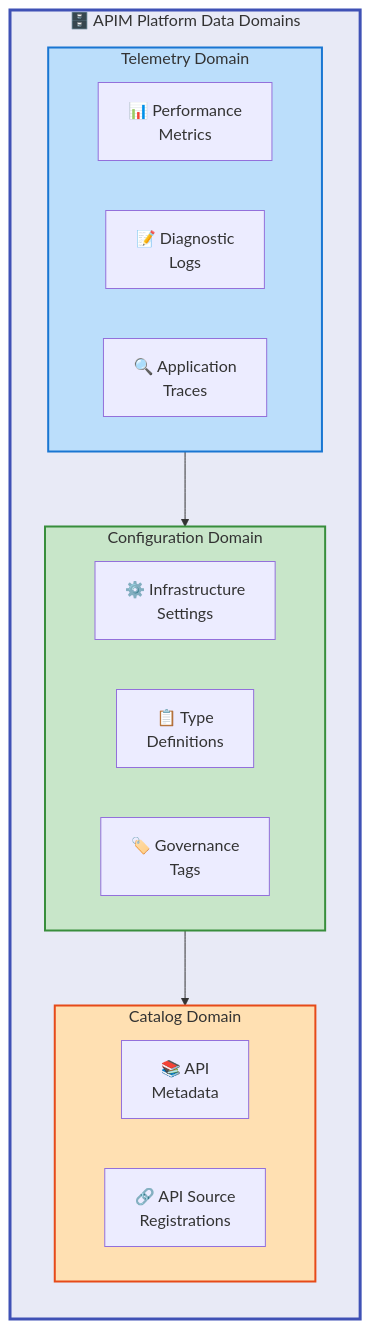
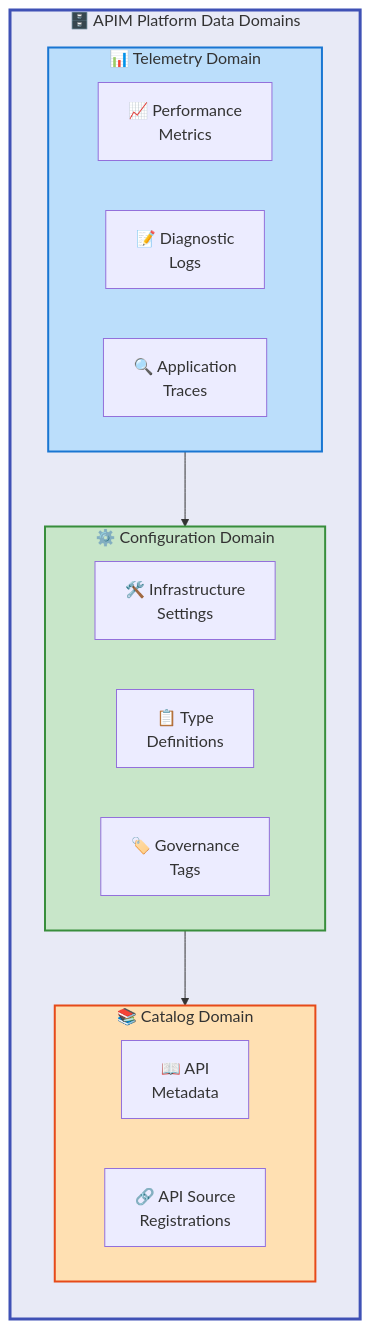
The second of 10 diagrams in docs/architecture/Data_Architecture_Document.md (Evilazaro/APIM-Accelerator), drawn with Mermaid before and after one commit. The commit also changed other lines of this file and 1 other file, not shown here.

Commit message:
Enhance Data Architecture Document with improved flowcharts and semantic icons for better clarity and visual appeal

````diff
--- a/docs/architecture/Data_Architecture_Document.md
+++ b/docs/architecture/Data_Architecture_Document.md
@@ -99,35 +102,39 @@
 ```mermaid
 %%{init: {"flowchart": {"htmlLabels": false}} }%%
+%% ============================================
+%% COLOR SCHEME: Hierarchical + Semantic layers
+%% Level 1: #E8EAF6 | Telemetry=#BBDEFB | Config=#C8E6C9 | Catalog=#FFE0B2
+%% ============================================
 flowchart TB
     subgraph platform["🗄️ APIM Platform Data Domains"]
         direction TB
 
-        subgraph telemetry_domain["Telemetry Domain"]
+        subgraph telemetry_domain["📊 Telemetry Domain"]
             direction LR
-            DD1["📊 Performance<br/>Metrics"]
+            DD1["📈 Performance<br/>Metrics"]
             DD2["📝 Diagnostic<br/>Logs"]
             DD3["🔍 Application<br/>Traces"]
         end
 
-        subgraph config_domain["Configuration Domain"]
+        subgraph config_domain["⚙️ Configuration Domain"]
             direction LR
-            DD4["⚙️ Infrastructure<br/>Settings"]
+            DD4["🛠️ Infrastructure<br/>Settings"]
             DD5["📋 Type<br/>Definitions"]
             DD6["🏷️ Governance<br/>Tags"]
         end
 
-        subgraph catalog_domain["Catalog Domain"]
+        subgraph catalog_domain["📚 Catalog Domain"]
             direction LR
-            DD7["📚 API<br/>Metadata"]
+            DD7["📖 API<br/>Metadata"]
             DD8["🔗 API Source<br/>Registrations"]
         end
     end
 
     telemetry_domain --> config_domain
     config_domain --> catalog_domain
 
     style platform fill:#E8EAF6,stroke:#3F51B5,stroke-width:3px
     style telemetry_domain fill:#BBDEFB,stroke:#1976D2,stroke-width:2px
     style config_domain fill:#C8E6C9,stroke:#388E3C,stroke-width:2px
     style catalog_domain fill:#FFE0B2,stroke:#E64A19,stroke-width:2px
 ```
````
